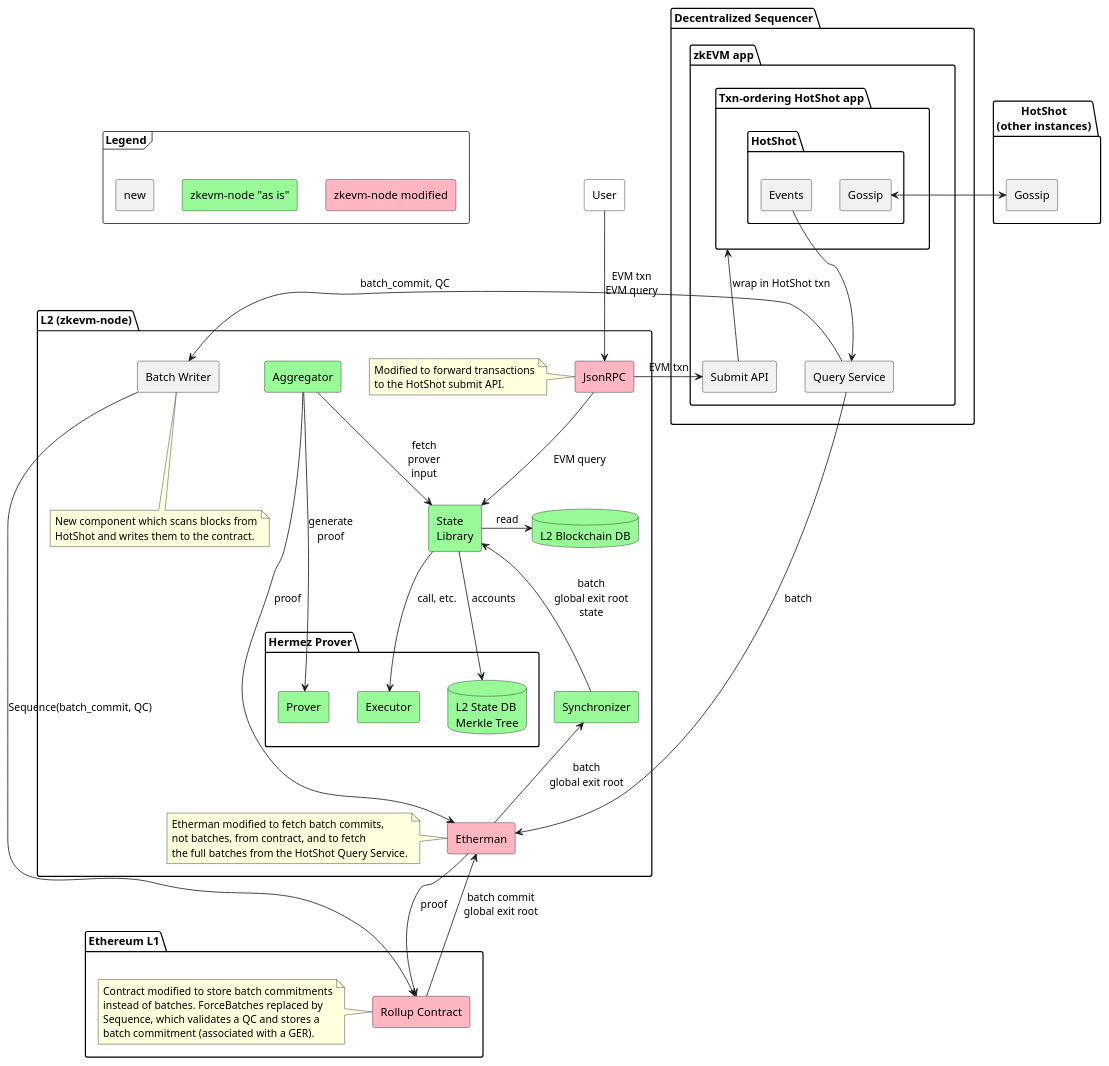
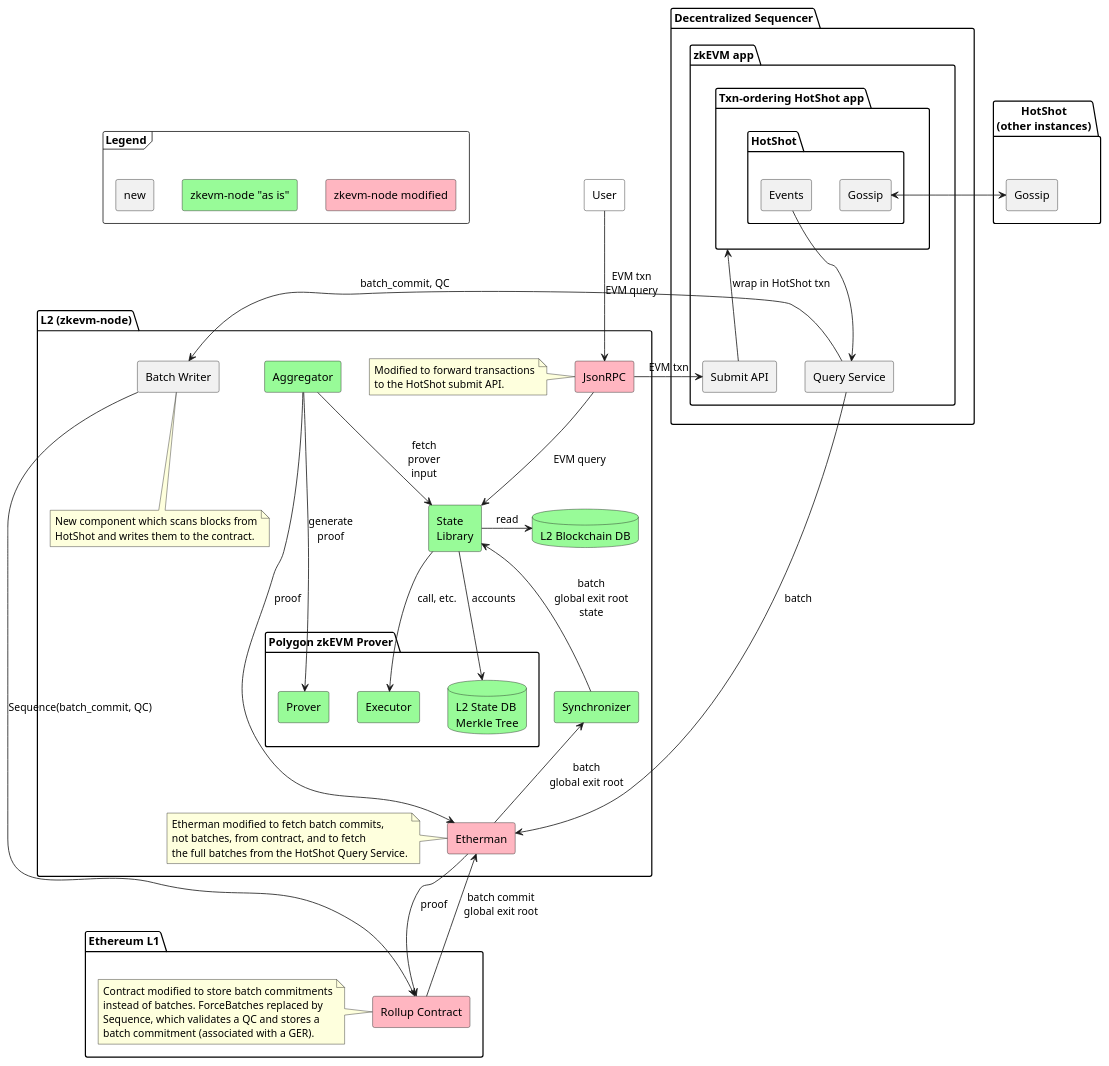
Before and after one commit to EspressoSystems/espresso-polygon-zkevm-demo: the diagram in doc/architecture_phase3.puml, drawn with PlantUML. The commit also changed 34 other files, not shown here.

```diff
--- a/doc/architecture_phase3.puml
+++ b/doc/architecture_phase3.puml
@@ -1,109 +1,109 @@
 @startuml
 skinparam componentStyle rectangle
 
 frame Legend {
   component "zkevm-node "as is"" as Original #PaleGreen
   component "zkevm-node modified" as Modified #LightPink
   component "new" as New
 }
 
 New -[hidden]r-> Original
 Original -[hidden]r-> Modified
 
 component User #White
 package "HotShot\n(other instances)" as HotShotExternal {
   component "Gossip" as GossipExternal
 }
 
 package "Decentralized Sequencer" {
   package "zkEVM app" as zkApp {
     component "Query Service" as QueryService
     component "Submit API" as Submit
     package "Txn-ordering HotShot app" as App {
       package HotShot {
         component "Gossip" as GossipInternal
         component "Events" as HotShotEvents
       }
     }
   }
 }
 
 package "Ethereum L1" as L1 {
   component "Rollup Contract" as Rollup #LightPink
   note left of Rollup
     Contract modified to store batch commitments
     instead of batches. ForceBatches replaced by
     Sequence, which validates a QC and stores a
     batch commitment (associated with a GER).
   end note
   ' component "Bridge L1" as BridgeL1 #PaleGreen
 }
 
 
 package "L2 (zkevm-node)" as L2 {
   component JsonRPC #LightPink
   note left of JsonRPC
     Modified to forward transactions
     to the HotShot submit API.
   end note
   database L2DB #PaleGreen [
     L2 Blockchain DB
   ]
-  package "Hermez Prover" as HermezProver {
+  package "Polygon zkEVM Prover" as HermezProver {
     component Prover #PaleGreen
     component Executor #PaleGreen
     database Tree #PaleGreen [
       L2 State DB
       Merkle Tree
     ]
   }
   'component "Bridge L2" as BridgeL2 #PaleGreen
   component Etherman #LightPink
   note left of Etherman
     Etherman modified to fetch batch commits,
     not batches, from contract, and to fetch
     the full batches from the HotShot Query Service.
   end note
   component Aggregator #PaleGreen
   component "State\nLibrary" as State #PaleGreen
   component Synchronizer #PaleGreen
   component "Batch Writer" as BatchWriter
   note bottom of BatchWriter
     New component which scans blocks from
     HotShot and writes them to the contract.
   end note
 }
 
 User -down-> JsonRPC: EVM txn\nEVM query
 'User -[hidden]> Submit
 'positions the User box in a better place
 'User -[hidden]> L2
 
 JsonRPC -> Submit: EVM txn
 
 GossipInternal <-> GossipExternal
 
 QueryService -> BatchWriter: batch_commit, QC
 BatchWriter -> Rollup: Sequence(batch_commit, QC)
 
 JsonRPC --> State: EVM query
 
 State -> L2DB: read
 State --> Tree: accounts
 State --> Executor: call, etc.
 
 Aggregator --> State: fetch\nprover\ninput
 Aggregator --> Etherman: proof
 Aggregator --> Prover: generate\nproof
 Etherman --> Rollup: proof
 Etherman <- Rollup: batch commit\nglobal exit root
 Etherman <- QueryService: batch
 Synchronizer <-- Etherman: batch\nglobal exit root
 State <-- Synchronizer: batch\nglobal exit root\nstate
 
 ' Prover ..> BridgeL2
 ' User --> BridgeL1
 Submit -up-> App: wrap in HotShot txn
 HotShotEvents -down-> QueryService
 
 @enduml
```
